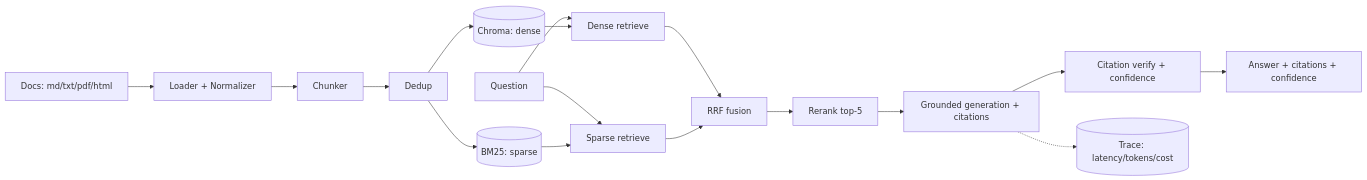
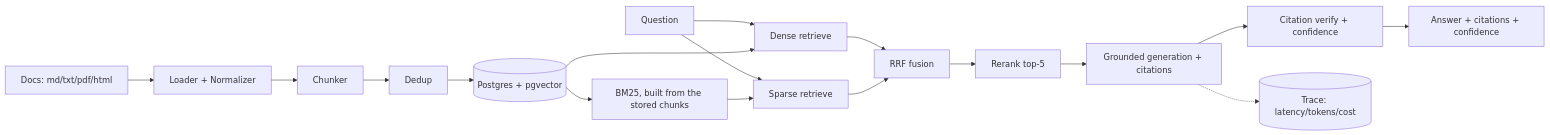
Before and after one commit to AlirezaAbedinii/groundwork-agents: the diagram in services/rag/README.md, drawn with Mermaid. The commit also changed other lines of this file and 2 other files, not shown here.

Commit message:
Describe pgvector storage in the service READMEs

````diff
--- a/services/rag/README.md
+++ b/services/rag/README.md
@@ -32,19 +32,19 @@
 ```mermaid
 flowchart LR
     A[Docs: md/txt/pdf/html] --> B[Loader + Normalizer]
     B --> C[Chunker]
     C --> D[Dedup]
-    D --> E[(Chroma: dense)]
-    D --> F[(BM25: sparse)]
+    D --> E[(Postgres + pgvector)]
+    E --> F[BM25, built from the stored chunks]
     Q[Question] --> G[Dense retrieve]
     Q --> H[Sparse retrieve]
     E --> G
     F --> H
     G --> I[RRF fusion]
     H --> I
     I --> J[Rerank top-5]
     J --> K[Grounded generation + citations]
     K --> L[Citation verify + confidence]
     L --> M[Answer + citations + confidence]
     K -.-> N[(Trace: latency/tokens/cost)]
 ```
````
